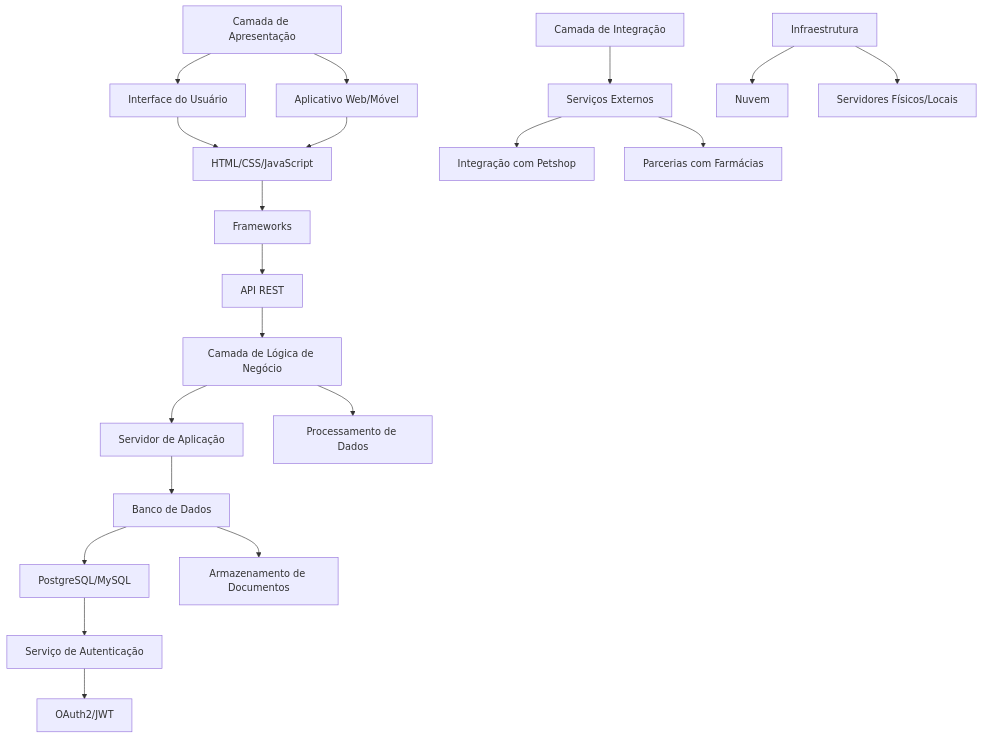
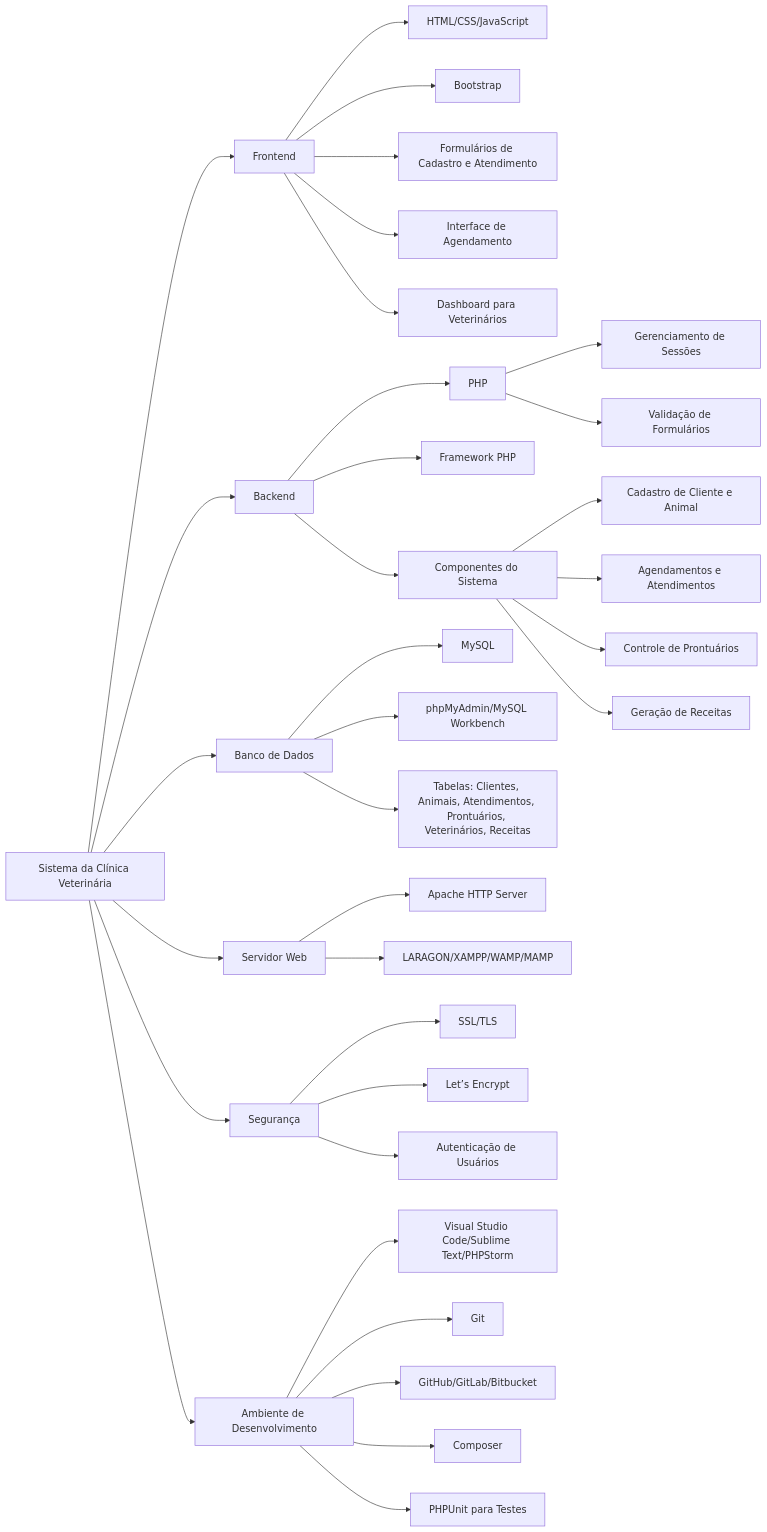
The fifth of 5 diagrams in README.md (Camila-Weber/camila_weber), drawn with Mermaid before and after one commit. The commit also changed other lines of this file, not shown here.

````diff
--- a/README.md
+++ b/README.md
@@ -841,35 +883,48 @@
 ```mermaid
-graph TD
-    A[Camada de Apresentação] --> B[Interface do Usuário]
-    A --> C[Aplicativo Web/Móvel]
+graph LR;
+    A[Sistema da Clínica Veterinária] --> B[Frontend]
+    A --> C[Backend]
+    A --> D[Banco de Dados]
+    A --> E[Servidor Web]
+    A --> F[Segurança]
+    A --> G[Ambiente de Desenvolvimento]
     
-    B --> D[HTML/CSS/JavaScript]
-    C --> D
+    %% Frontend Details
+    B --> B1[HTML/CSS/JavaScript]
+    B --> B2[Bootstrap]
+    B --> B3[Formulários de Cadastro e Atendimento]
+    B --> B4[Interface de Agendamento]
+    B --> B5[Dashboard para Veterinários]
 
-    D --> E[Frameworks]
-    
-    E --> F[API REST]
-    
-    F --> G[Camada de Lógica de Negócio]
-    
-    G --> H[Servidor de Aplicação]
-    G --> I[Processamento de Dados]
-    
-    H --> J[Banco de Dados]
-    
-    J --> K[PostgreSQL/MySQL]
-    
-    J --> L[Armazenamento de Documentos]
-    
-    K --> M[Serviço de Autenticação]
-    
-    M --> N[OAuth2/JWT]
-    
-    O[Camada de Integração] --> P[Serviços Externos]
-    
-    P --> Q[Integração com Petshop]
-    P --> R[Parcerias com Farmácias]
+    %% Backend Details
+    C --> C1[PHP]
+    C --> C2[Framework PHP]
+    C --> C3[Componentes do Sistema]
+    C1 --> C4[Gerenciamento de Sessões]
+    C1 --> C5[Validação de Formulários]
+    C3 --> C6[Cadastro de Cliente e Animal]
+    C3 --> C7[Agendamentos e Atendimentos]
+    C3 --> C8[Controle de Prontuários]
+    C3 --> C9[Geração de Receitas]
 
-    S[Infraestrutura] --> T[Nuvem]
-    S --> U[Servidores Físicos/Locais]
+    %% Database Details
+    D --> D1[MySQL]
+    D --> D2[phpMyAdmin/MySQL Workbench]
+    D --> D3[Tabelas: Clientes, Animais, Atendimentos, Prontuários, Veterinários, Receitas]
+
+    %% Web Server Details
+    E --> E1[Apache HTTP Server]
+    E --> E2[LARAGON/XAMPP/WAMP/MAMP]
+
+    %% Security Details
+    F --> F1[SSL/TLS]
+    F --> F2[Let’s Encrypt]
+    F --> F3[Autenticação de Usuários]
+
+    %% Development Environment Details
+    G --> G1[Visual Studio Code/Sublime Text/PHPStorm]
+    G --> G2[Git]
+    G --> G3[GitHub/GitLab/Bitbucket]
+    G --> G4[Composer]
+    G --> G5[PHPUnit para Testes]
 ```
````
